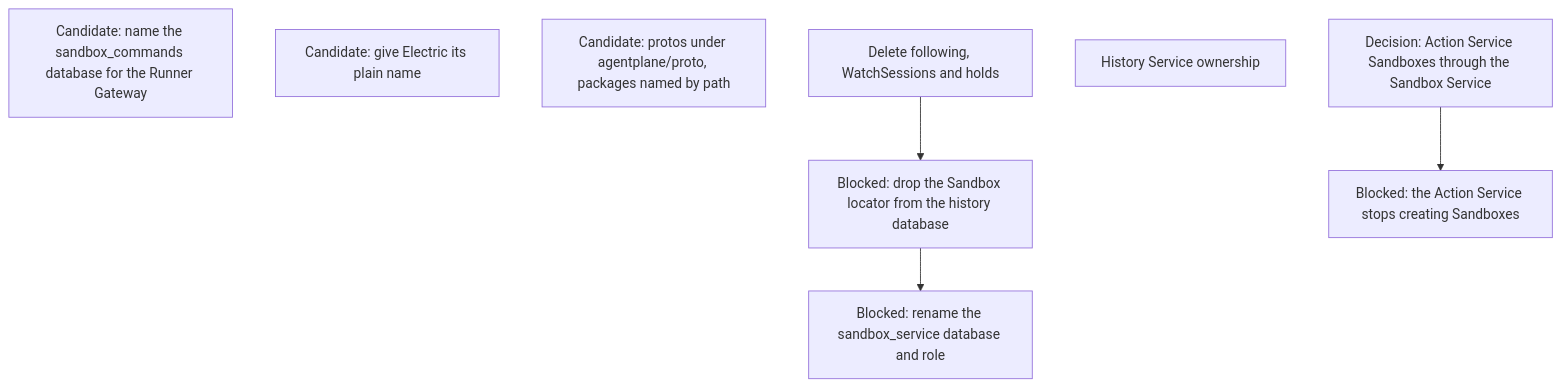
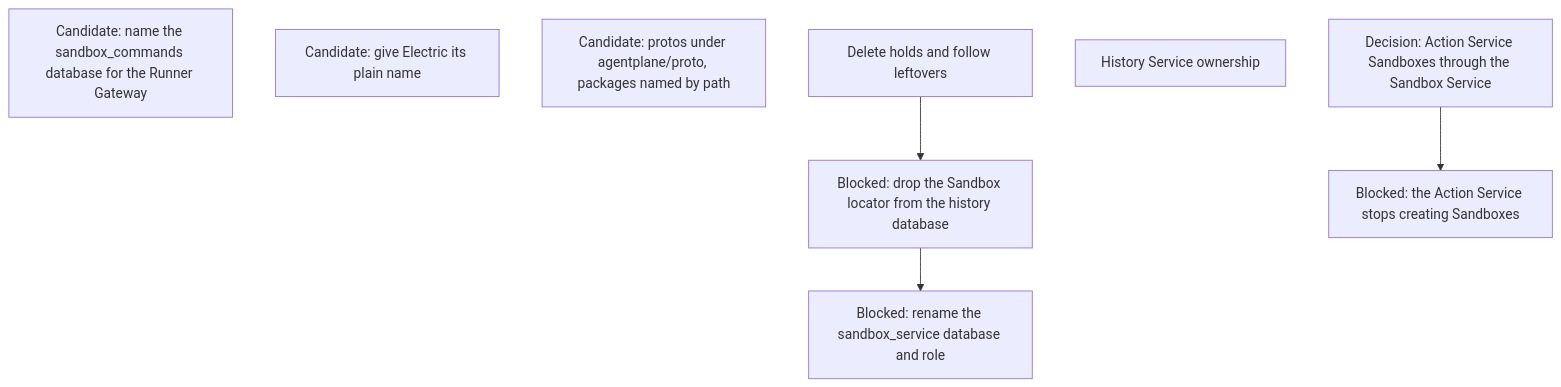
The tenth of 13 diagrams in agentplane/plans/task_dag.md (agentydragon/ducktape), drawn with Mermaid before and after one commit. The commit also changed other lines of this file and 38 other files, not shown here.

First line of the commit message:
agentplane: delete FollowSession and WatchSessions (#9998)

````diff
--- a/agentplane/plans/task_dag.md
+++ b/agentplane/plans/task_dag.md
@@ -688,14 +688,14 @@
 ```mermaid
 flowchart TD
     HISTORY_SANDBOX_LOCATOR_DROP[Blocked: drop the Sandbox locator from the history database]
     HISTORY_DATABASE_RENAME[Blocked: rename the sandbox_service database and role]
     SANDBOX_DATABASE_RENAME[Candidate: name the sandbox_commands database for the Runner Gateway]
     ELECTRIC_DEPLOYMENT_RENAME[Candidate: give Electric its plain name]
     PROTO_DIRECTORY[Candidate: protos under agentplane/proto, packages named by path]
     ACTION_SANDBOX_DESIGN[Decision: Action Service Sandboxes through the Sandbox Service]
     ACTION_SANDBOX_PROVISIONING[Blocked: the Action Service stops creating Sandboxes]
     ACTION_SANDBOX_DESIGN --> ACTION_SANDBOX_PROVISIONING
     HISTORY_SERVICE_OWNERSHIP[History Service ownership]
-    FOLLOW_PATH_RETIRE[Delete following, WatchSessions and holds] --> HISTORY_SANDBOX_LOCATOR_DROP
+    FOLLOW_PATH_RETIRE[Delete holds and follow leftovers] --> HISTORY_SANDBOX_LOCATOR_DROP
     HISTORY_SANDBOX_LOCATOR_DROP --> HISTORY_DATABASE_RENAME
 ```
````
